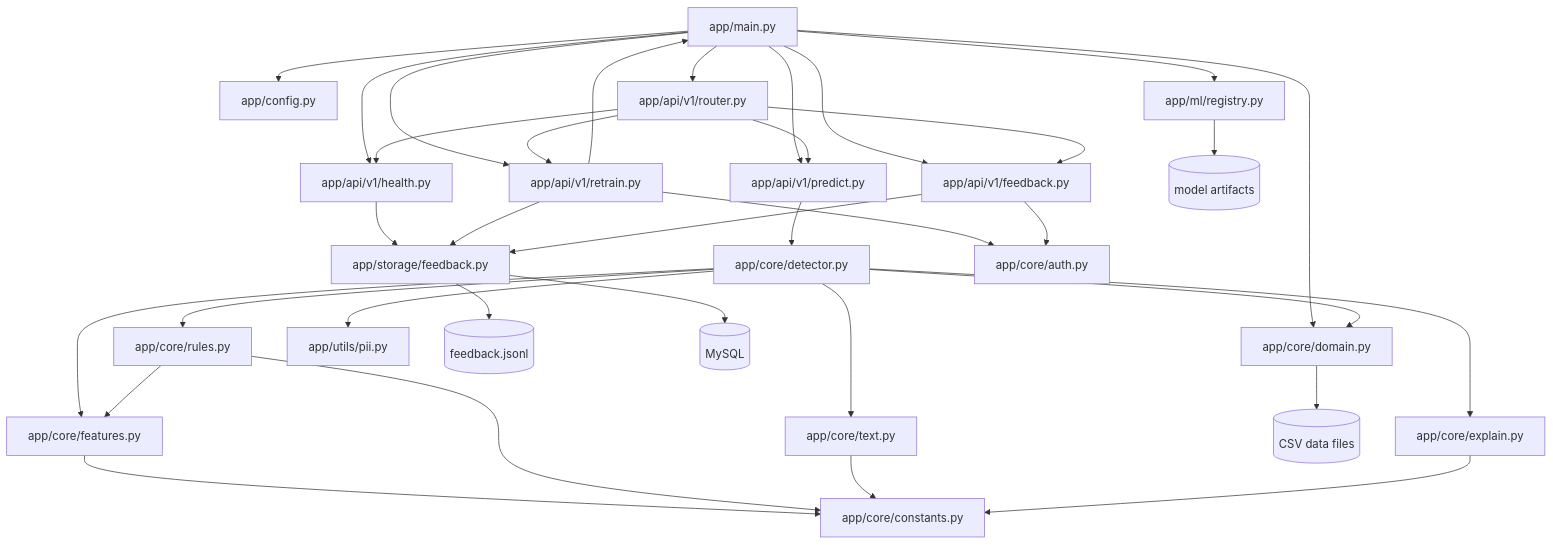
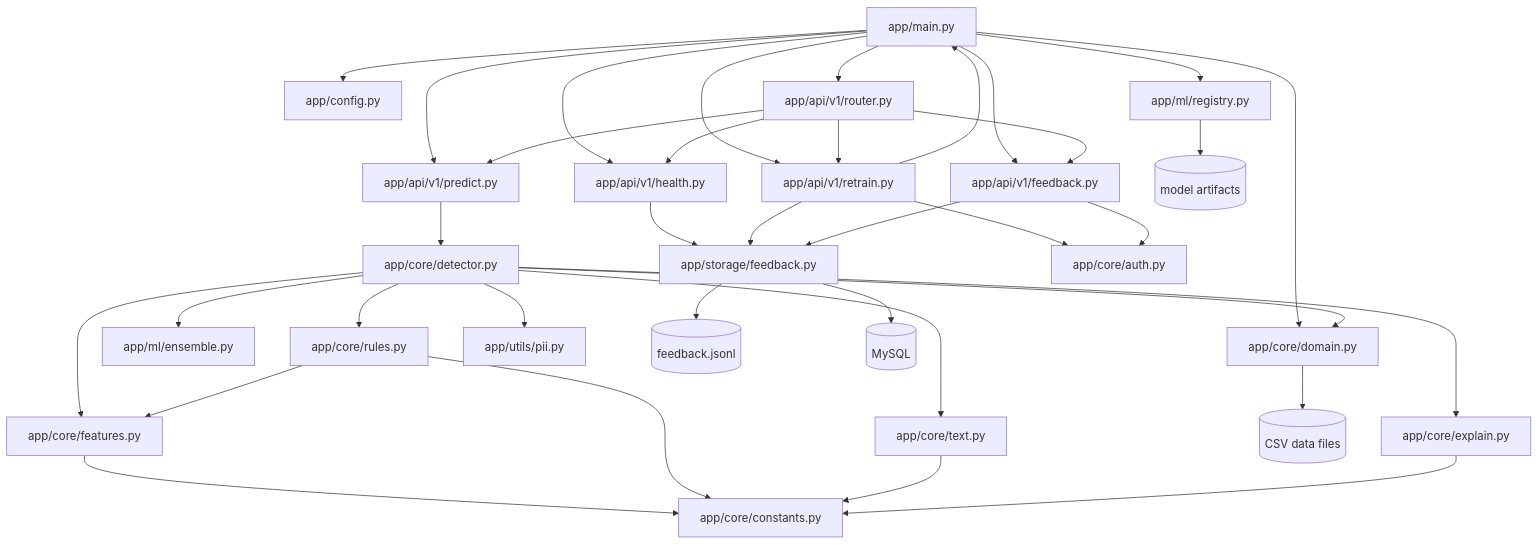
Before and after one commit to AVijit005/Spam-Email-Detection: the ninth of 9 diagrams in docs/ARCHITECTURE.md, drawn with Mermaid. The commit also changed other lines of this file and 12 other files, not shown here.

````diff
--- a/docs/ARCHITECTURE.md
+++ b/docs/ARCHITECTURE.md
@@ -287,43 +291,44 @@
 ```mermaid
 graph TD
     MAIN[app/main.py] --> CONFIG[app/config.py]
     MAIN --> ROUTER[app/api/v1/router.py]
     MAIN --> DOMAIN[app/core/domain.py]
     MAIN --> REGISTRY[app/ml/registry.py]
     MAIN --> PREDICT[app/api/v1/predict.py]
     MAIN --> HEALTH[app/api/v1/health.py]
     MAIN --> FEEDBACK[app/api/v1/feedback.py]
     MAIN --> RETRAIN[app/api/v1/retrain.py]
 
     ROUTER --> PREDICT
     ROUTER --> HEALTH
     ROUTER --> FEEDBACK
     ROUTER --> RETRAIN
 
     PREDICT --> DETECTOR[app/core/detector.py]
     HEALTH --> FEEDBACK_STORE[app/storage/feedback.py]
 
+    DETECTOR --> ENSEMBLE[app/ml/ensemble.py]
     DETECTOR --> DOMAIN
     DETECTOR --> EXPLAIN[app/core/explain.py]
     DETECTOR --> FEATURES[app/core/features.py]
     DETECTOR --> RULES[app/core/rules.py]
     DETECTOR --> TEXT[app/core/text.py]
     DETECTOR --> PII_UTILS[app/utils/pii.py]
 
     FEATURES --> CONSTANTS[app/core/constants.py]
     RULES --> CONSTANTS
     RULES --> FEATURES
     TEXT --> CONSTANTS
     EXPLAIN --> CONSTANTS
 
     RETRAIN --> MAIN
     RETRAIN --> FEEDBACK_STORE
     RETRAIN --> AUTH[app/core/auth.py]
     FEEDBACK --> AUTH
     FEEDBACK --> FEEDBACK_STORE
 
     REGISTRY --> MODEL_FILES[(model artifacts)]
     DOMAIN --> CSV_FILES[(CSV data files)]
     FEEDBACK_STORE --> JSONL[(feedback.jsonl)]
     FEEDBACK_STORE --> MYSQL_DB[(MySQL)]
 ```
````
